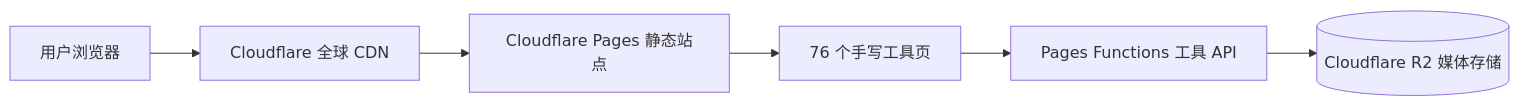
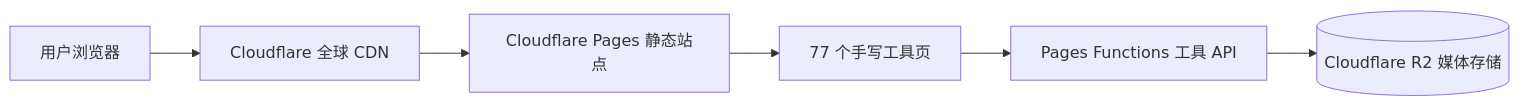
Before and after one commit to YupenBob/clover-tools: the diagram in README.md, drawn with Mermaid. The commit also changed other lines of this file and 19 other files, not shown here.

````diff
--- a/README.md
+++ b/README.md
@@ -57,8 +59,8 @@
 ```mermaid
 flowchart LR
   U[用户浏览器] --> CF[Cloudflare 全球 CDN]
   CF --> P[Cloudflare Pages 静态站点]
-  P --> T[76 个手写工具页]
+  P --> T[77 个手写工具页]
   T --> F[Pages Functions 工具 API]
   F --> R2[(Cloudflare R2 媒体存储)]
 ```
````
